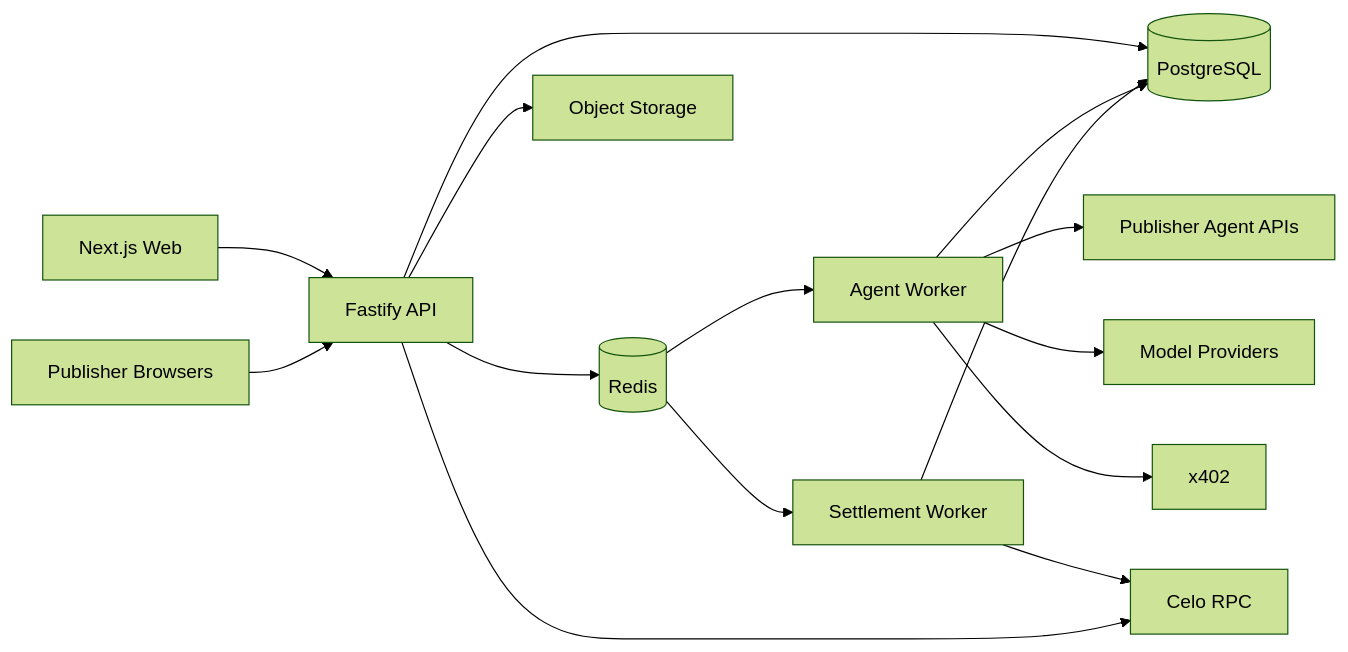
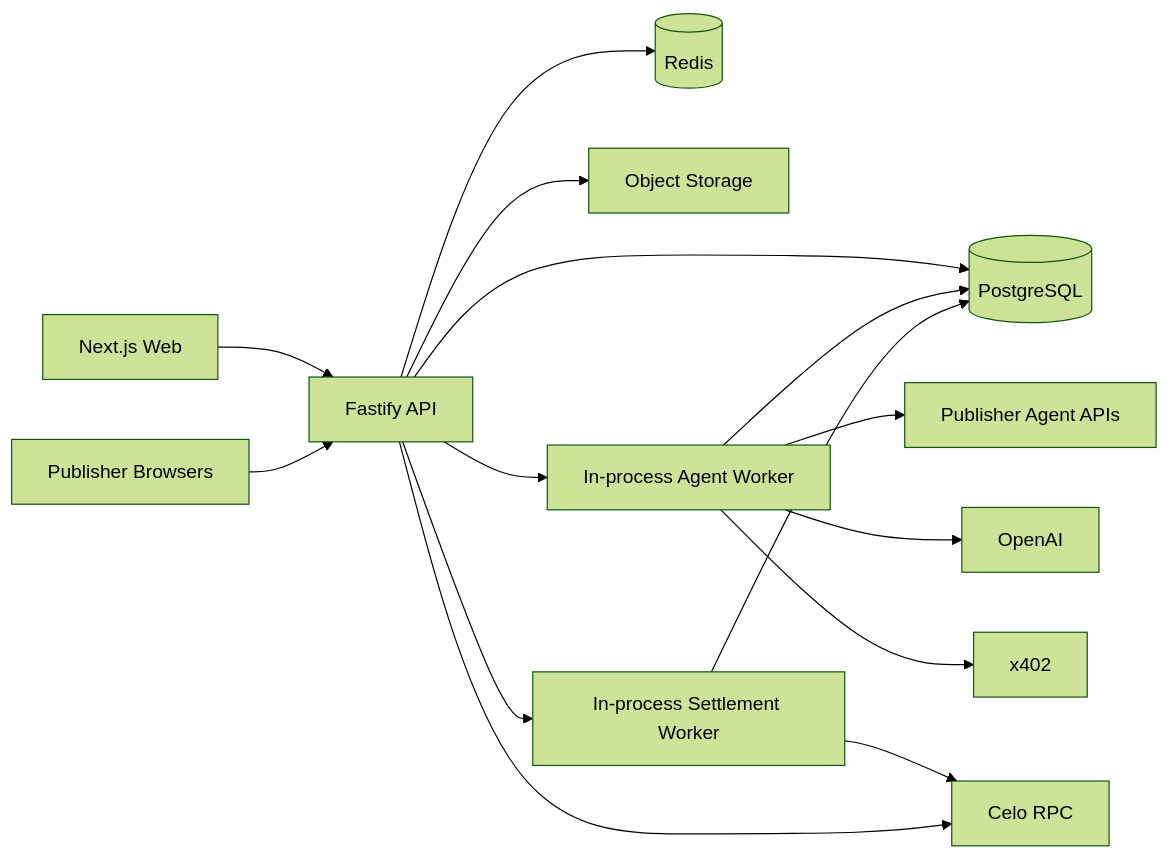
Before and after one commit to anikeaty08/adFlow: the diagram in backend.md, drawn with Mermaid (forest theme). The commit also changed other lines of this file and 132 other files, not shown here.

````diff
--- a/backend.md
+++ b/backend.md
@@ -29,22 +31,22 @@
 ```mermaid
 flowchart LR
     WEB[Next.js Web] --> API[Fastify API]
     EMBED[Publisher Browsers] --> API
 
     API --> PG[(PostgreSQL)]
     API --> REDIS[(Redis)]
     API --> OBJ[Object Storage]
 
-    REDIS --> AGW[Agent Worker]
-    REDIS --> SW[Settlement Worker]
+    API --> AGW[In-process Agent Worker]
+    API --> SW[In-process Settlement Worker]
 
     AGW --> PG
     AGW --> PUB[Publisher Agent APIs]
-    AGW --> MODEL[Model Providers]
+    AGW --> MODEL[OpenAI]
     AGW --> X402[x402]
 
     SW --> PG
     SW --> CELO[Celo RPC]
 
     API --> CELO
 ```
````
